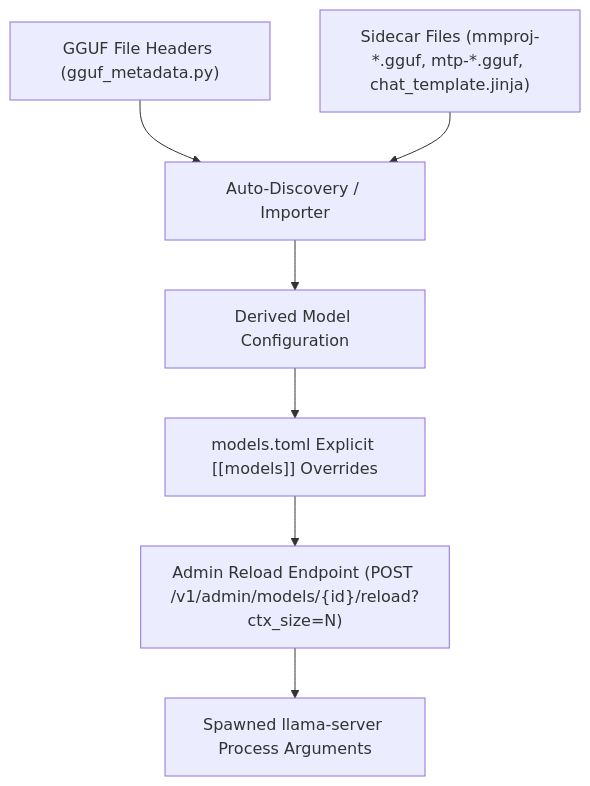
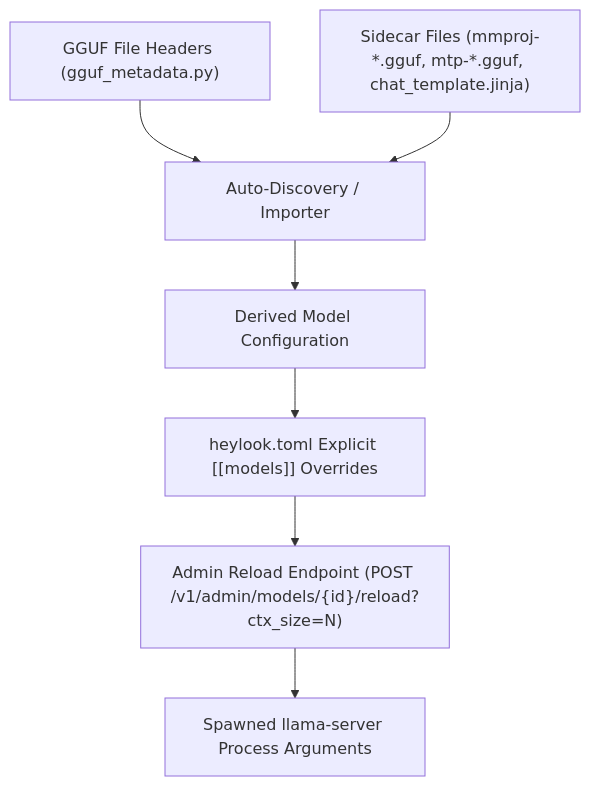
Before and after one commit to fblissjr/heylookitsanllm: the third of 3 diagrams in docs/wiki/llama_server_build_and_spawn.md, drawn with Mermaid. The commit also changed other lines of this file and 51 other files, not shown here.

Commit message:
feat!: the server config file is heylook.toml, with operational settings in its [settings] table; logging toggles retire (v2.0.122)

````diff
--- a/docs/wiki/llama_server_build_and_spawn.md
+++ b/docs/wiki/llama_server_build_and_spawn.md
@@ -417,10 +417,10 @@
 ```mermaid
 flowchart TD
     GGUFFile["GGUF File Headers (gguf_metadata.py)"] --> AutoDetect["Auto-Discovery / Importer"]
     Sidecars["Sidecar Files (mmproj-*.gguf, mtp-*.gguf, chat_template.jinja)"] --> AutoDetect
     AutoDetect --> DefaultModelConfig["Derived Model Configuration"]
     
-    DefaultModelConfig --> TomlConfig["models.toml Explicit [[models]] Overrides"]
+    DefaultModelConfig --> TomlConfig["heylook.toml Explicit [[models]] Overrides"]
     TomlConfig --> AdminAPI["Admin Reload Endpoint (POST /v1/admin/models/{id}/reload?ctx_size=N)"]
     AdminAPI --> RunningProcess["Spawned llama-server Process Arguments"]
 ```
````
